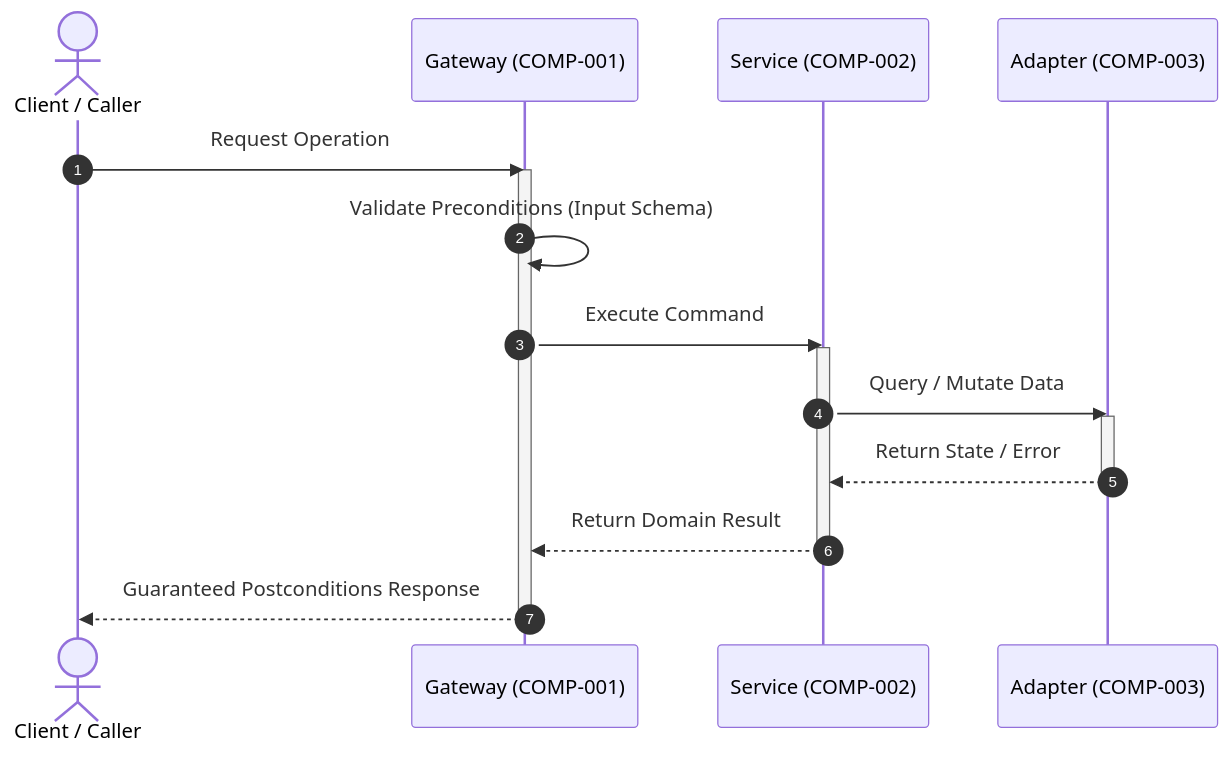
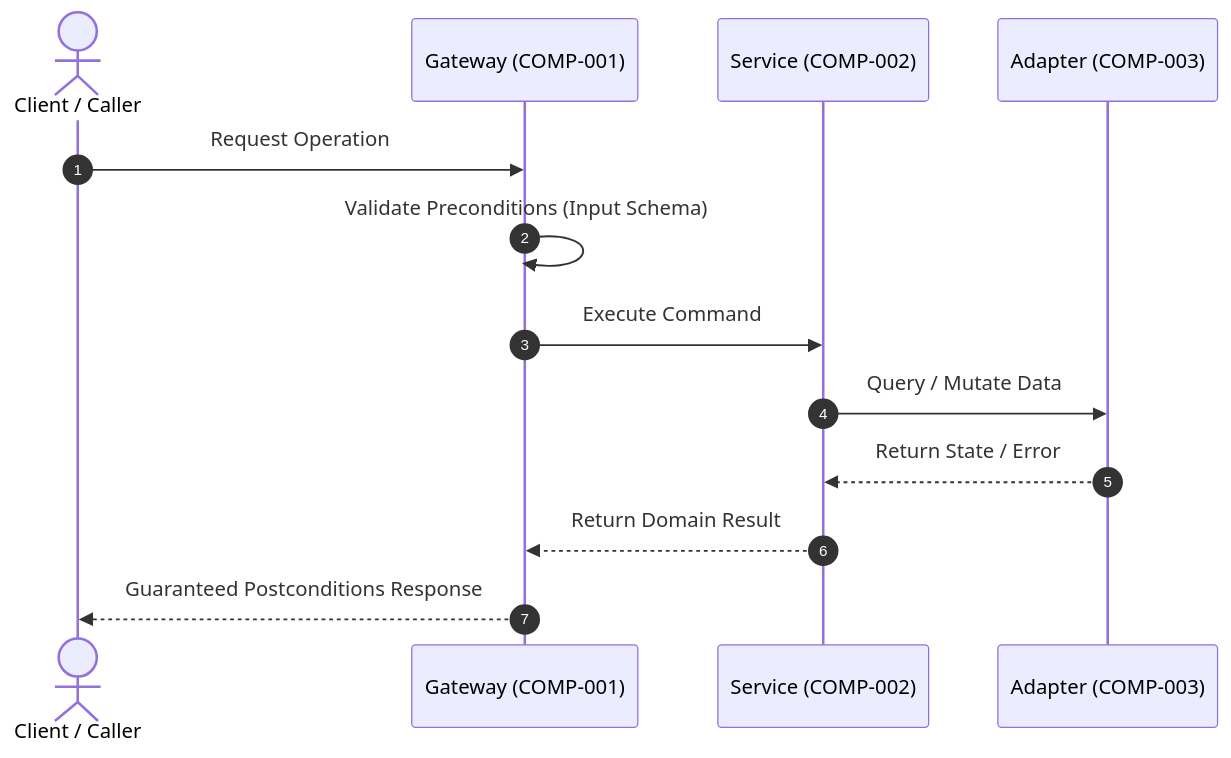
The second of 2 diagrams in plugins/swe-workflow/skills/planning-and-designing/references/design-template.md (green-tea-stalk/swe-agent-skills), drawn with Mermaid before and after one commit. The commit also changed other lines of this file and 6 other files, not shown here.

First line of the commit message:
fix(swe-workflow): fix Mermaid sequence diagram activation mismatch in specification templates and reviews (#28)

````diff
--- a/plugins/swe-workflow/skills/planning-and-designing/references/design-template.md
+++ b/plugins/swe-workflow/skills/planning-and-designing/references/design-template.md
@@ -47,22 +55,16 @@
 ```mermaid
 sequenceDiagram
     autonumber
     actor Caller as Client / Caller
     participant Gateway as Gateway (COMP-001)
     participant Service as Service (COMP-002)
     participant Adapter as Adapter (COMP-003)
 
     Caller->>Gateway: Request Operation
-    activate Gateway
     Gateway->>Gateway: Validate Preconditions (Input Schema)
     Gateway->>Service: Execute Command
-    activate Service
     Service->>Adapter: Query / Mutate Data
-    activate Adapter
     Adapter-->>Service: Return State / Error
-    deactivate Adapter
     Service-->>Gateway: Return Domain Result
-    deactivate Service
     Gateway-->>Caller: Guaranteed Postconditions Response
-    deactivate Gateway
 ```
````
